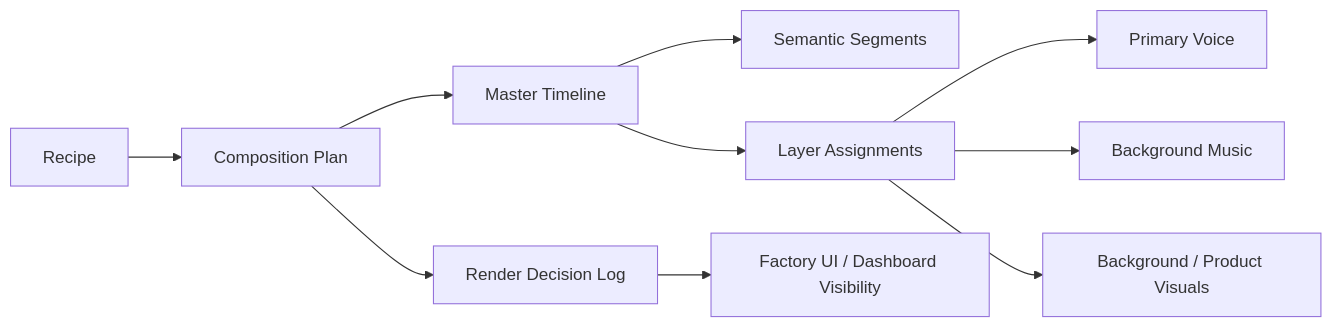
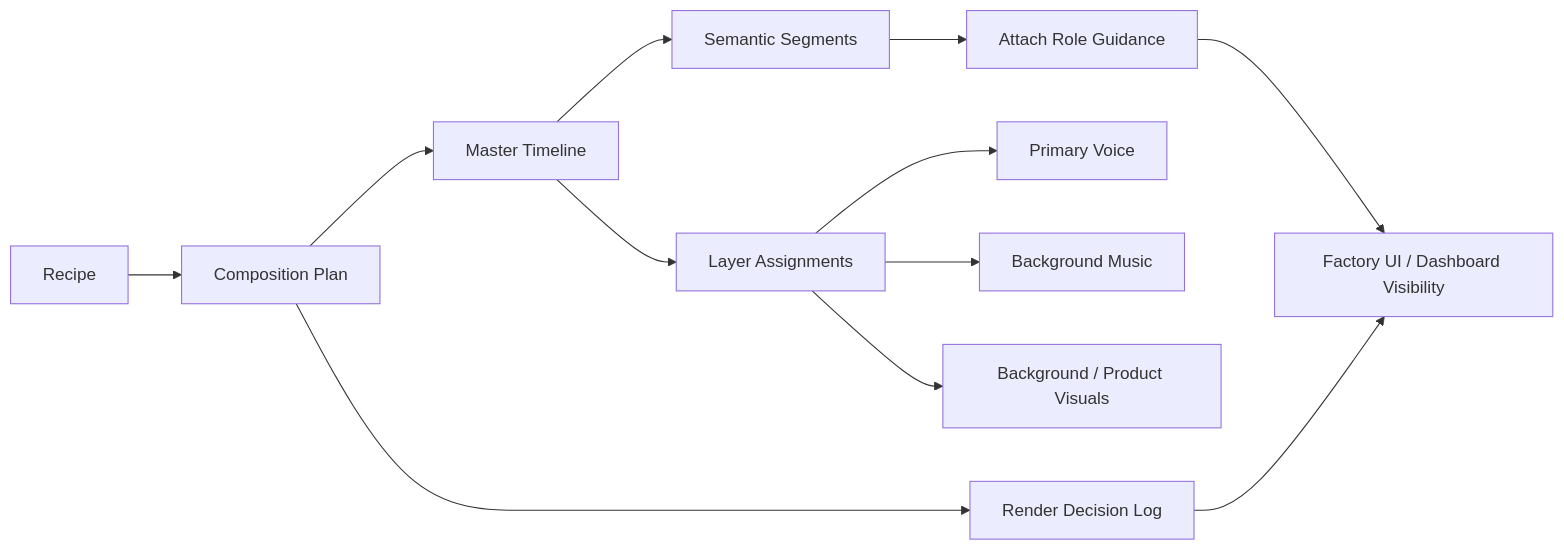
The diagram in doc/18_Composition_and_Timeline_Policy.md (idev006/MTClipFactory), drawn with Mermaid before and after one commit. The commit also changed other lines of this file and 6 other files, not shown here.

Commit message:
Add composition-aware recipe role guidance

````diff
--- a/doc/18_Composition_and_Timeline_Policy.md
+++ b/doc/18_Composition_and_Timeline_Policy.md
@@ -247,12 +248,14 @@
 ```mermaid
 flowchart LR
     Recipe["Recipe"] --> Plan["Composition Plan"]
     Plan --> Timeline["Master Timeline"]
     Timeline --> Segments["Semantic Segments"]
     Timeline --> Layers["Layer Assignments"]
+    Segments --> RoleHints["Attach Role Guidance"]
     Layers --> Voice["Primary Voice"]
     Layers --> Music["Background Music"]
     Layers --> Visual["Background / Product Visuals"]
+    RoleHints --> UI["Factory UI / Dashboard Visibility"]
     Plan --> Decisions["Render Decision Log"]
     Decisions --> UI["Factory UI / Dashboard Visibility"]
 ```
````
